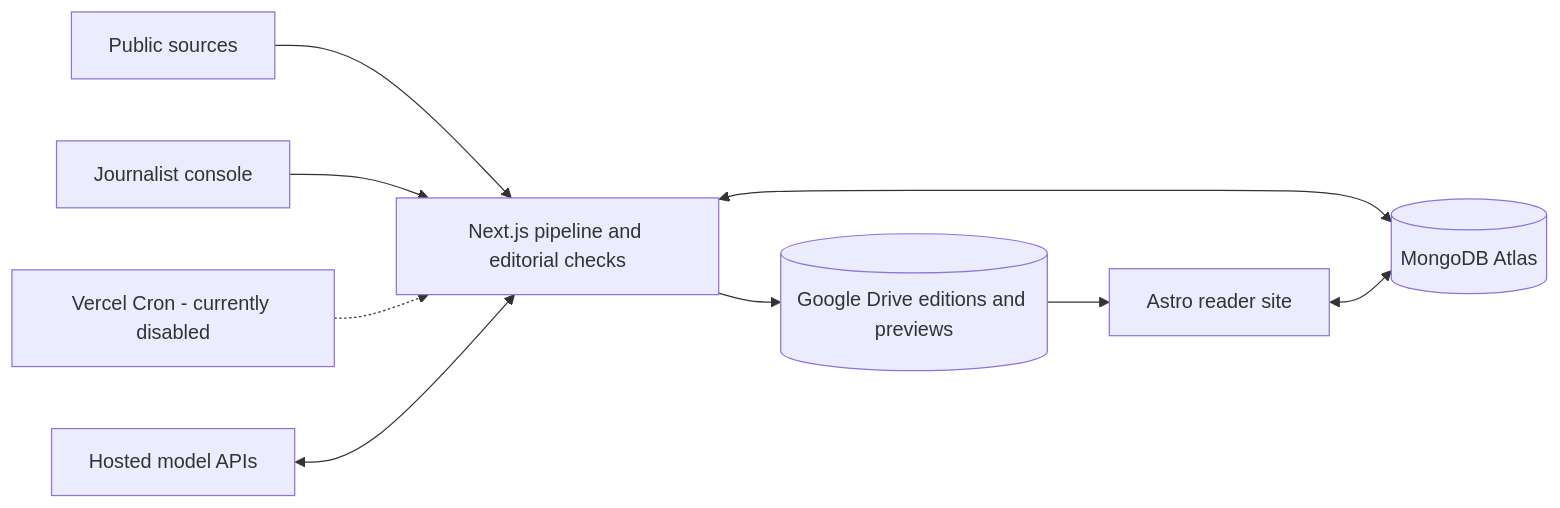
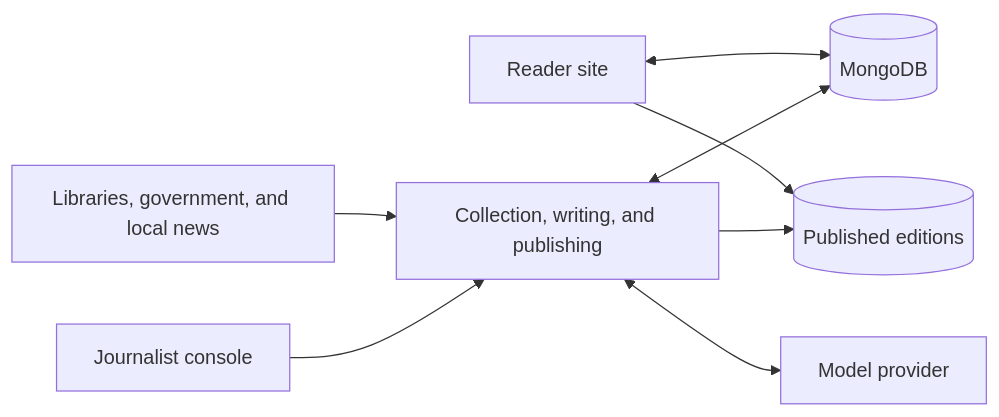
Before and after one commit to vbafnaa/NewsBee: the first of 2 diagrams in README.md, drawn with Mermaid. The commit also changed other lines of this file, not shown here.

````diff
--- a/README.md
+++ b/README.md
@@ -43,11 +7,10 @@
 ```mermaid
 flowchart LR
-  Sources[Public sources] --> Pipeline[Next.js pipeline and editorial checks]
-  Editors[Journalist console] --> Pipeline
-  Cron[Vercel Cron - currently disabled] -.-> Pipeline
-  Pipeline <--> Mongo[(MongoDB Atlas)]
-  Pipeline --> Drive[(Google Drive editions and previews)]
-  Drive --> Reader[Astro reader site]
+  Editors[Journalist console] --> Pipeline[Collection, writing, and publishing]
+  Sources[Libraries, government, and local news] --> Pipeline
+  Pipeline <--> Mongo[(MongoDB)]
+  Pipeline --> Drive[(Published editions)]
+  Reader[Reader site] --> Drive
   Reader <--> Mongo
-  Models[Hosted model APIs] <--> Pipeline
+  Pipeline <--> Models[Model provider]
 ```
````
